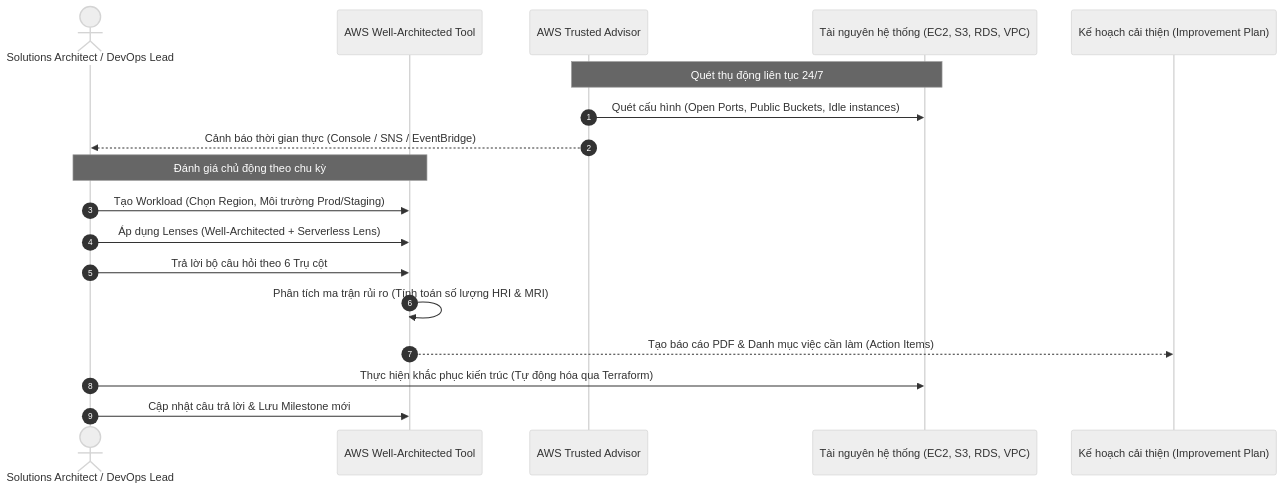
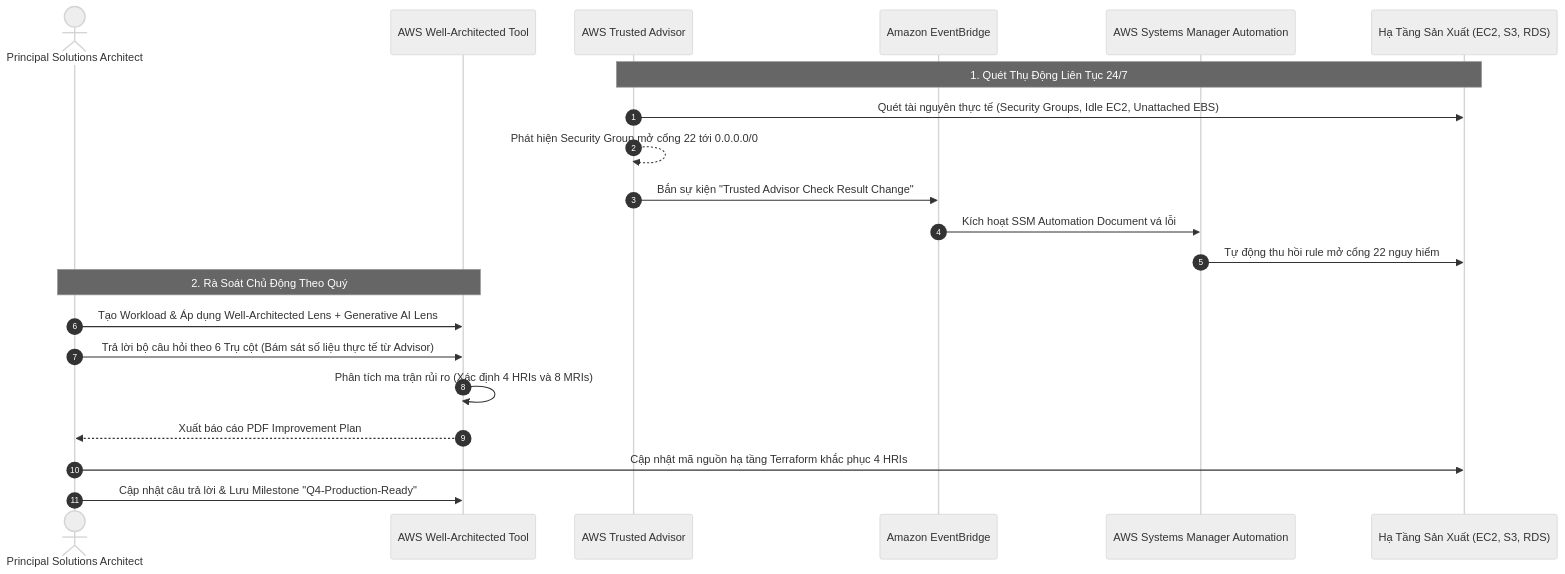
The third of 3 diagrams in AWS_Services/AWS_Well_Architected_Framework.md (nhatphanhk/AWS_XBrain_Note), drawn with Mermaid (neutral theme) before and after one commit. The commit also changed other lines of this file and 15 other files, not shown here.

````diff
--- a/AWS_Services/AWS_Well_Architected_Framework.md
+++ b/AWS_Services/AWS_Well_Architected_Framework.md
@@ -97,23 +116,25 @@
 ```mermaid
 sequenceDiagram
     autonumber
-    actor Architect as Solutions Architect / DevOps Lead
+    actor Architect as Principal Solutions Architect
     participant WATool as AWS Well-Architected Tool
     participant Advisor as AWS Trusted Advisor
-    participant AWSInfra as Tài nguyên hệ thống (EC2, S3, RDS, VPC)
-    participant ActionPlan as Kế hoạch cải thiện (Improvement Plan)
+    participant EventBridge as Amazon EventBridge
+    participant SSM as AWS Systems Manager Automation
+    participant Infra as Hạ Tầng Sản Xuất (EC2, S3, RDS)
 
-    Note over Advisor,AWSInfra: Quét thụ động liên tục 24/7
-    Advisor->>AWSInfra: Quét cấu hình (Open Ports, Public Buckets, Idle instances)
-    Advisor-->>Architect: Cảnh báo thời gian thực (Console / SNS / EventBridge)
+    Note over Advisor,Infra: 1. Quét Thụ Động Liên Tục 24/7
+    Advisor->>Infra: Quét tài nguyên thực tế (Security Groups, Idle EC2, Unattached EBS)
+    Advisor-->>Advisor: Phát hiện Security Group mở cổng 22 tới 0.0.0.0/0
+    Advisor->>EventBridge: Bắn sự kiện "Trusted Advisor Check Result Change"
+    EventBridge->>SSM: Kích hoạt SSM Automation Document vá lỗi
+    SSM->>Infra: Tự động thu hồi rule mở cổng 22 nguy hiểm
 
-    Note over Architect,WATool: Đánh giá chủ động theo chu kỳ
-    Architect->>WATool: Tạo Workload (Chọn Region, Môi trường Prod/Staging)
-    Architect->>WATool: Áp dụng Lenses (Well-Architected + Serverless Lens)
-    Architect->>WATool: Trả lời bộ câu hỏi theo 6 Trụ cột
-    WATool->>WATool: Phân tích ma trận rủi ro (Tính toán số lượng HRI & MRI)
-    WATool-->>ActionPlan: Tạo báo cáo PDF & Danh mục việc cần làm (Action Items)
-    
-    Architect->>AWSInfra: Thực hiện khắc phục kiến trúc (Tự động hóa qua Terraform)
-    Architect->>WATool: Cập nhật câu trả lời & Lưu Milestone mới
+    Note over Architect,WATool: 2. Rà Soát Chủ Động Theo Quý
+    Architect->>WATool: Tạo Workload & Áp dụng Well-Architected Lens + Generative AI Lens
+    Architect->>WATool: Trả lời bộ câu hỏi theo 6 Trụ cột (Bám sát số liệu thực tế từ Advisor)
+    WATool->>WATool: Phân tích ma trận rủi ro (Xác định 4 HRIs và 8 MRIs)
+    WATool-->>Architect: Xuất báo cáo PDF Improvement Plan
+    Architect->>Infra: Cập nhật mã nguồn hạ tầng Terraform khắc phục 4 HRIs
+    Architect->>WATool: Cập nhật câu trả lời & Lưu Milestone "Q4-Production-Ready"
 ```
````
